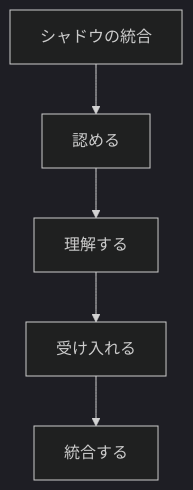
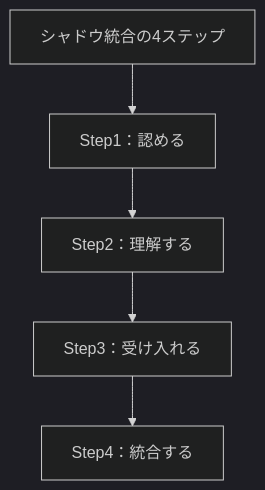
The fifth of 6 diagrams in content/blog/284-shadow-integration-self-acceptance.md (tndg16-bot/portfolio-site), drawn with Mermaid (dark theme) before and after one commit. The commit also changed other lines of this file and 19 other files, not shown here.

````diff
--- a/content/blog/284-shadow-integration-self-acceptance.md
+++ b/content/blog/284-shadow-integration-self-acceptance.md
@@ -92,8 +104,8 @@
 ```mermaid
 graph TD
-    A[シャドウの統合]
-    A --> B[認める]
-    B --> C[理解する]
-    C --> D[受け入れる]
-    D --> E[統合する]
+    A[シャドウ統合の4ステップ]
+    A --> B[Step1：認める]
+    B --> C[Step2：理解する]
+    C --> D[Step3：受け入れる]
+    D --> E[Step4：統合する]
 ```
````
